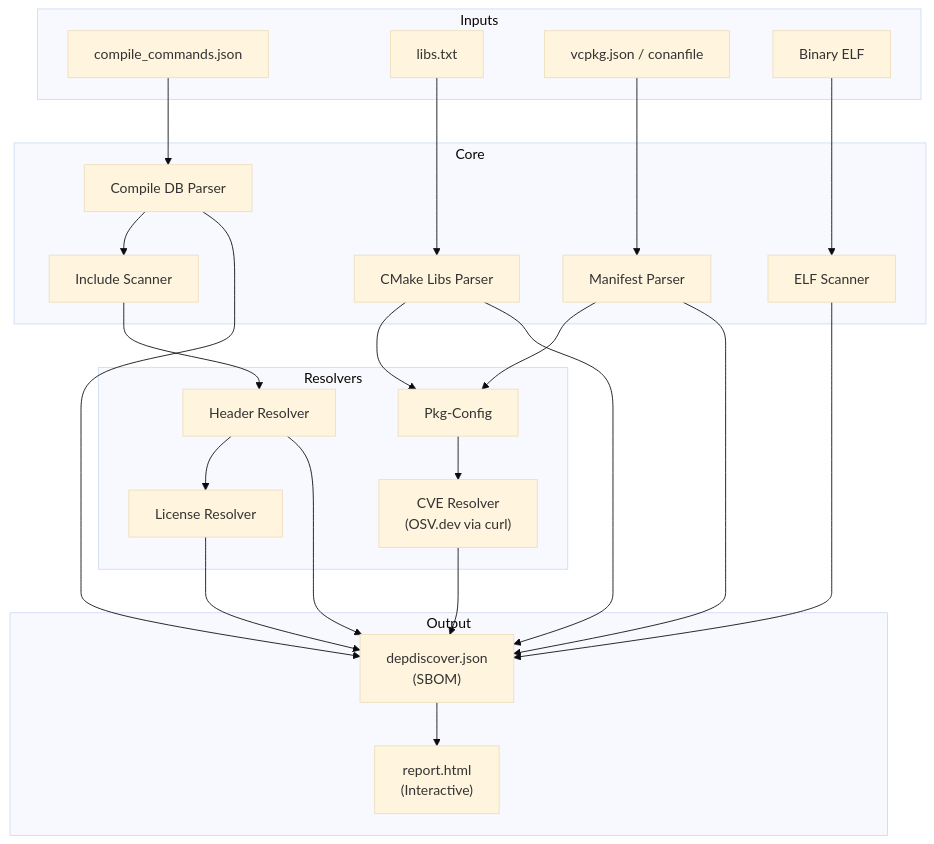
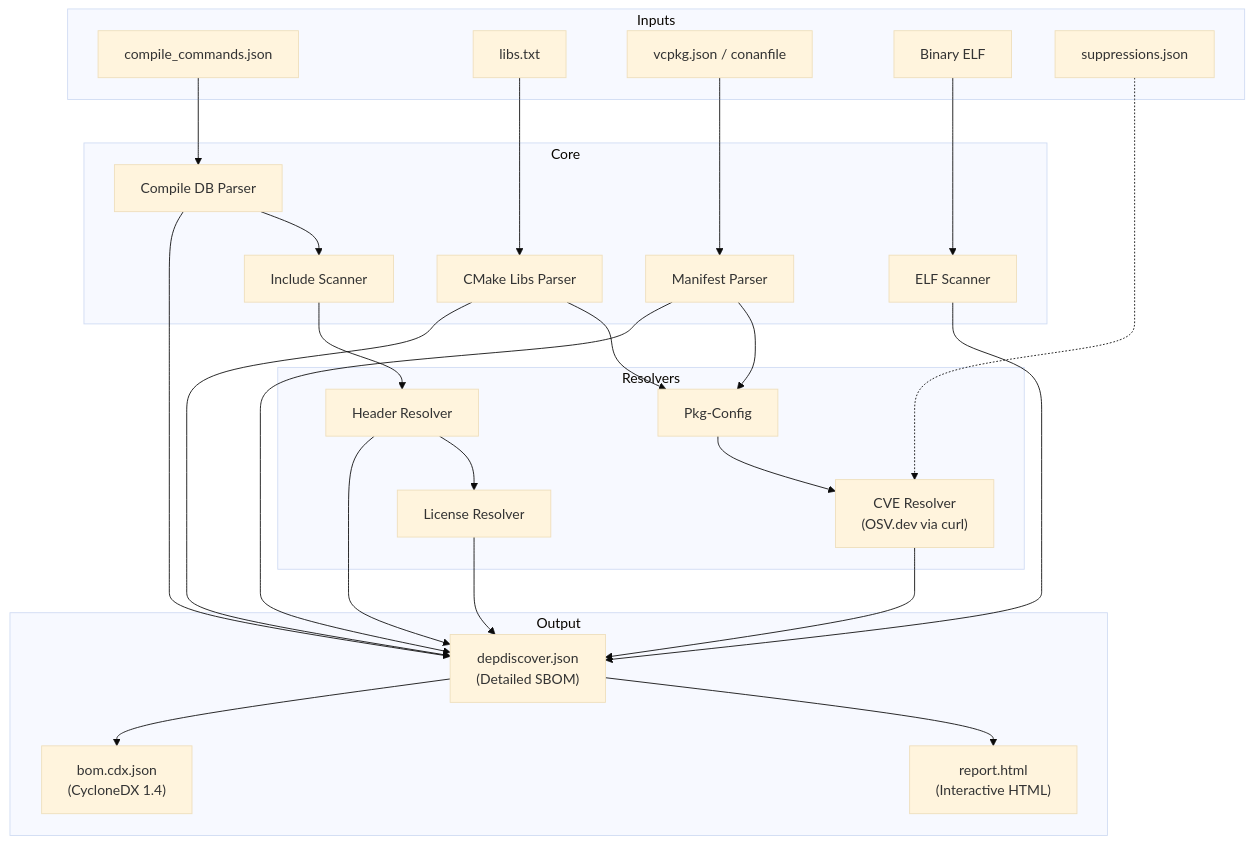
The first of 4 diagrams in docs/architecture/architecture.md (Zheng-Bote/depdiscover), drawn with Mermaid (base theme) before and after one commit. The commit also changed other lines of this file and 33 other files, not shown here.

````diff
--- a/docs/architecture/architecture.md
+++ b/docs/architecture/architecture.md
@@ -28,46 +31,50 @@
 ```mermaid
 graph TD
     subgraph Inputs
         CC[compile_commands.json]
         LIBS[libs.txt]
         MAN[vcpkg.json / conanfile]
         BIN[Binary ELF]
+        SUPP[suppressions.json]
     end
 
     subgraph Core
         P_CC[Compile DB Parser]
         P_CMAKE[CMake Libs Parser]
         P_MAN[Manifest Parser]
         S_ELF[ELF Scanner]
         S_INC[Include Scanner]
     end
 
     subgraph Resolvers
         R_HEAD[Header Resolver]
         R_PKG[Pkg-Config]
         R_LIC[License Resolver]
         R_CVE["CVE Resolver<br>(OSV.dev via curl)"]
     end
 
     subgraph Output
-        JSON["depdiscover.json <br> (SBOM)"]
-        HTML["report.html <br> (Interactive)"]
+        JSON["depdiscover.json <br> (Detailed SBOM)"]
+        HTML["report.html <br> (Interactive HTML)"]
+        CDX["bom.cdx.json <br> (CycloneDX 1.4)"]
     end
 
     CC --> P_CC
     LIBS --> P_CMAKE
     MAN --> P_MAN
     BIN --> S_ELF
+    SUPP -.-> R_CVE
 
     P_CC --> S_INC
     S_INC --> R_HEAD
 
     P_MAN --> R_PKG
     P_CMAKE --> R_PKG
 
     R_HEAD --> R_LIC
     R_PKG --> R_CVE
 
     P_CC & P_CMAKE & P_MAN & S_ELF & R_HEAD & R_LIC & R_CVE --> JSON
     JSON --> HTML
+    JSON --> CDX
 ```
````
